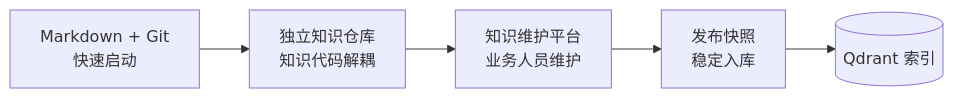
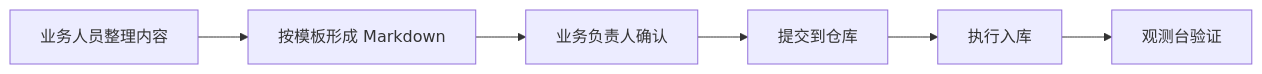
One commit to YYHRICH/dalizai-knowledge-rag-service changed diagram 11 of 25 in docs/rag_service_design_report_v1.0.md. Above: the diagram before and after it, drawn with Mermaid. The commit also changed other lines of this file, not shown here.

````diff
--- a/docs/rag_service_design_report_v1.0.md
+++ b/docs/rag_service_design_report_v1.0.md
@@ -337,7 +409,8 @@
 ```mermaid
 flowchart LR
-    M1[Markdown + Git<br/>快速启动] --> M2[独立知识仓库<br/>知识代码解耦]
-    M2 --> M3[知识维护平台<br/>业务人员维护]
-    M3 --> M4[发布快照<br/>稳定入库]
-    M4 --> Q[(Qdrant 索引)]
+    Biz[业务人员整理内容] --> MD[按模板形成 Markdown]
+    MD --> Review[业务负责人确认]
+    Review --> Git[提交到仓库]
+    Git --> Ingest[执行入库]
+    Ingest --> Debug[观测台验证]
 ```
````
